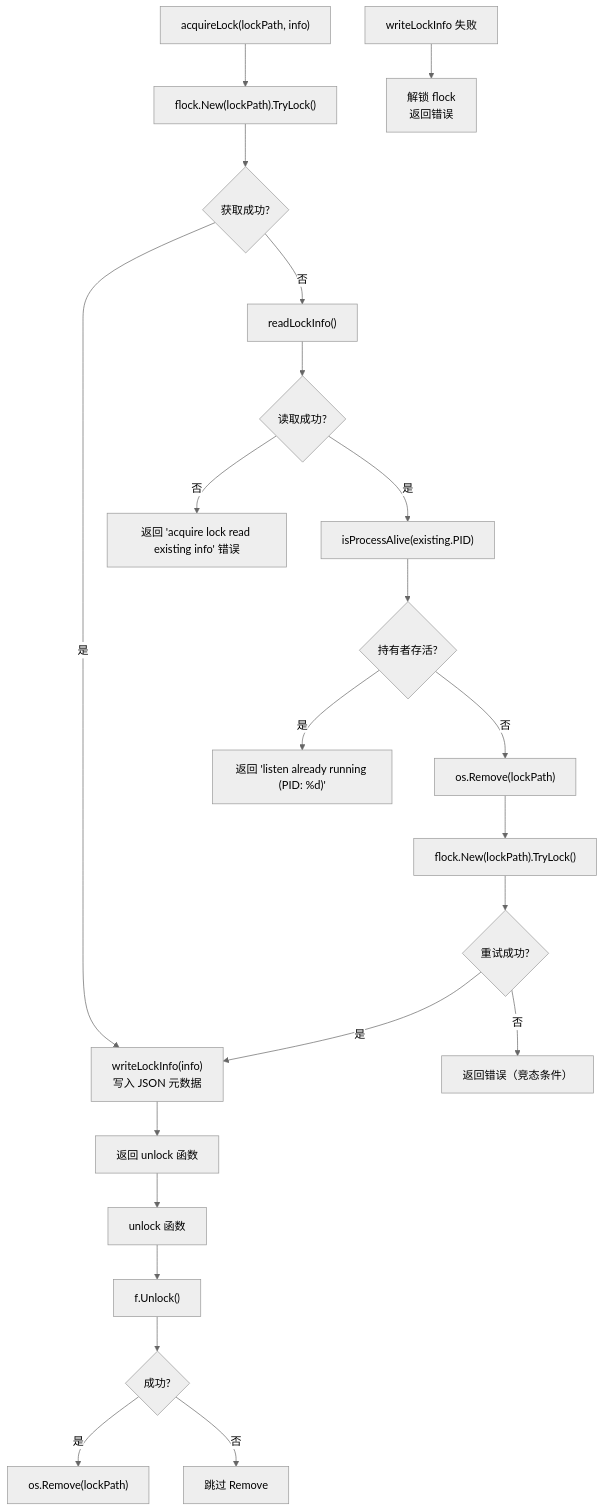
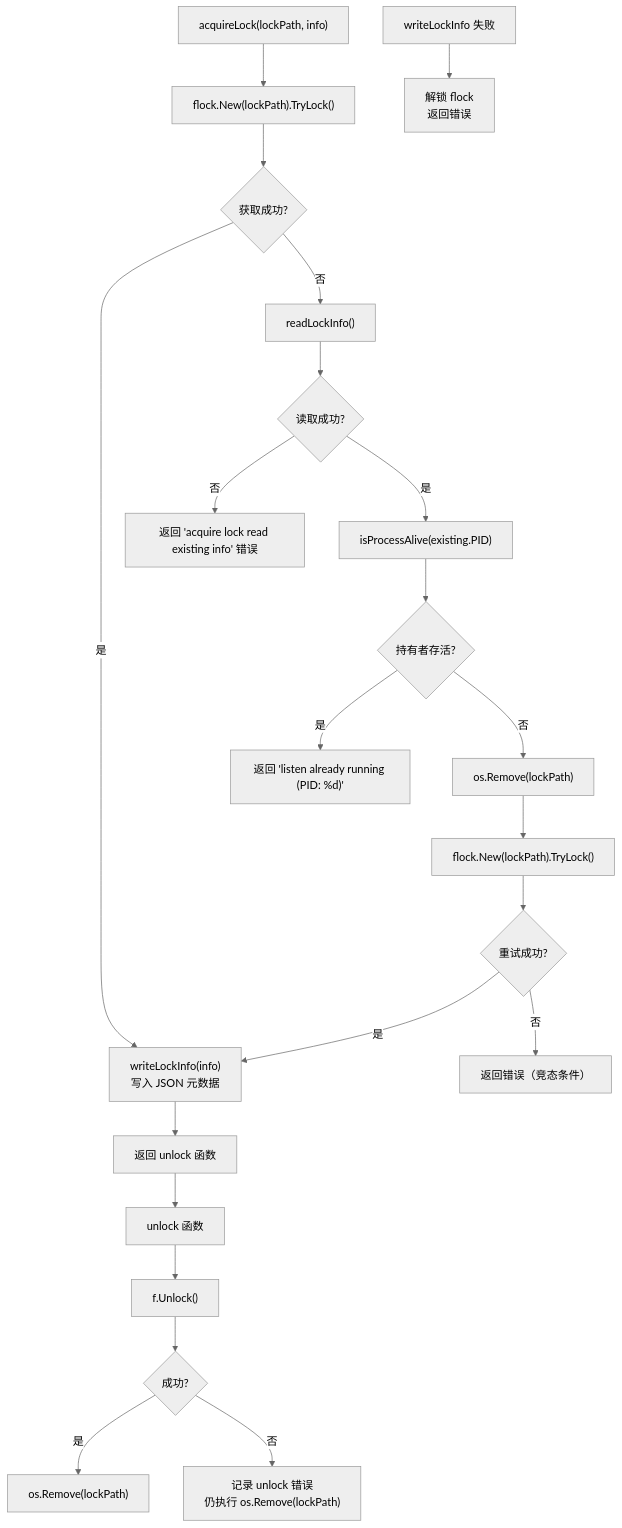
One commit to PineappleBond/xyncra-server changed the ninth of 16 diagrams in wiki/flows/cli-ipc.md. Above: the diagram before and after it, drawn with Mermaid (neutral theme). The commit also changed other lines of this file and 21 other files, not shown here.

````diff
--- a/wiki/flows/cli-ipc.md
+++ b/wiki/flows/cli-ipc.md
@@ -469,26 +472,26 @@
 ```mermaid
 flowchart TD
     A["acquireLock(lockPath, info)"] --> B["flock.New(lockPath).TryLock()"]
     B --> C{"获取成功?"}
     C -->|是| D["writeLockInfo(info)<br>写入 JSON 元数据"]
     D --> E["返回 unlock 函数"]
     C -->|否| F["readLockInfo()"]
     F --> G{"读取成功?"}
     G -->|否| H["返回 'acquire lock read existing info' 错误"]
     G -->|是| I["isProcessAlive(existing.PID)"]
     I --> J{"持有者存活?"}
     J -->|是| K["返回 'listen already running (PID: %d)'"]
     J -->|否| L["os.Remove(lockPath)"]
     L --> M["flock.New(lockPath).TryLock()"]
     M --> N{"重试成功?"}
     N -->|是| D
     N -->|否| O["返回错误（竞态条件）"]
 
     E --> P["unlock 函数"]
     P --> Q["f.Unlock()"]
     Q --> R{"成功?"}
     R -->|是| S["os.Remove(lockPath)"]
-    R -->|否| T["跳过 Remove"]
+    R -->|否| T["记录 unlock 错误<br>仍执行 os.Remove(lockPath)"]
 
     U["writeLockInfo 失败"] --> V["解锁 flock<br>返回错误"]
 ```
````
